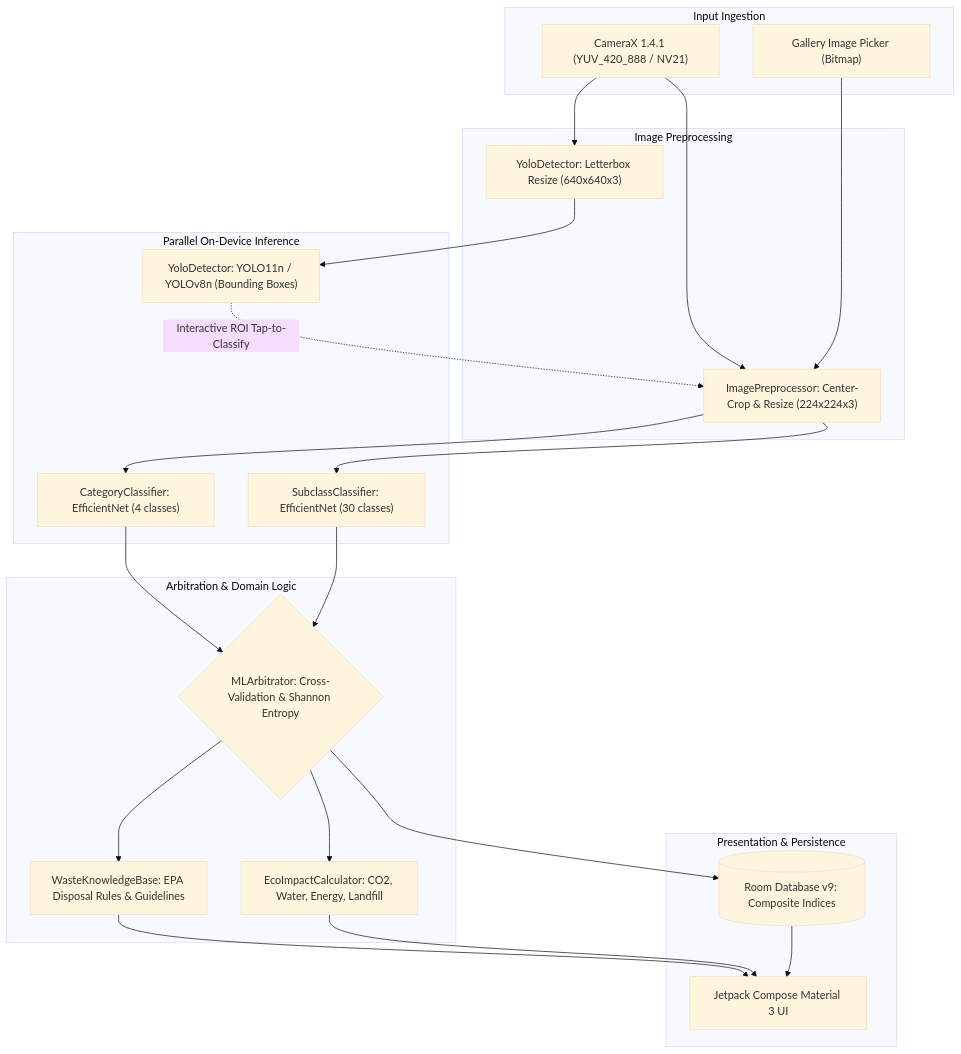
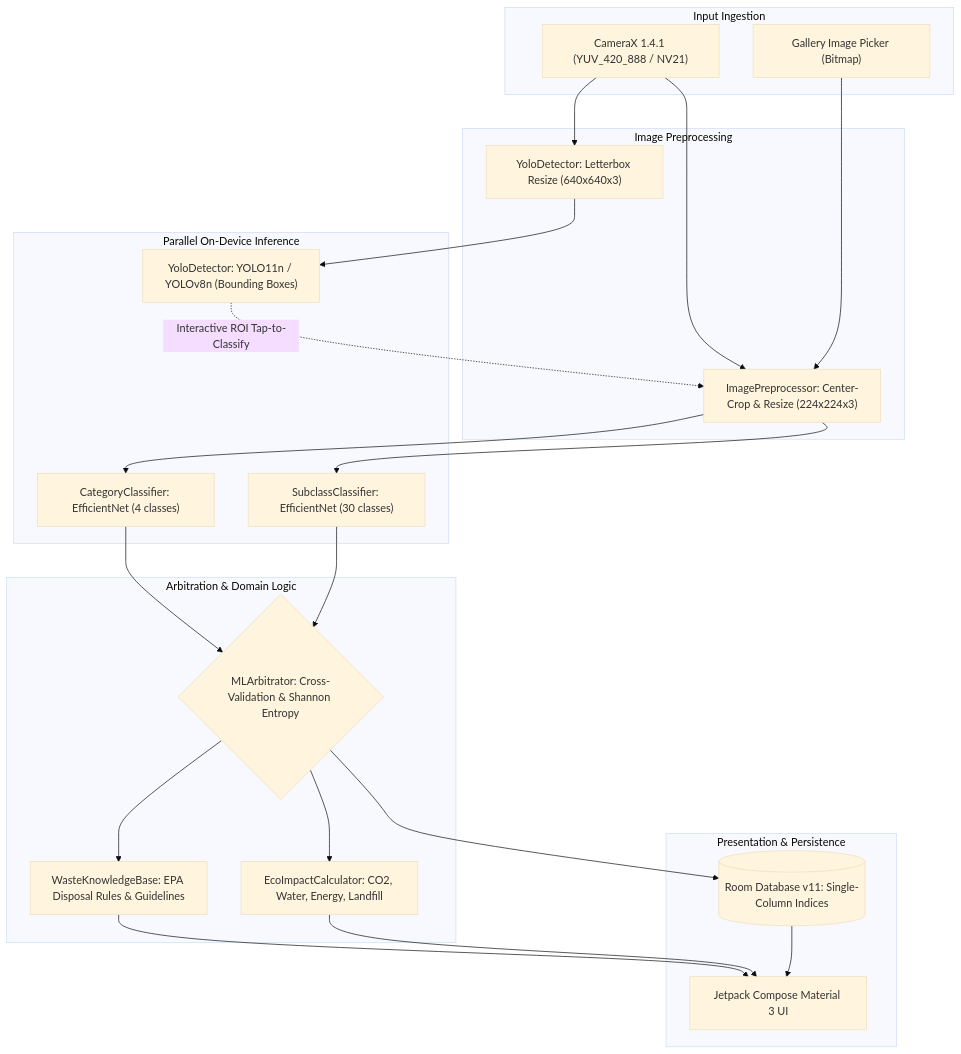
One commit to manoj-ck2008/WasegMul changed the first of 2 diagrams in README.md. Above: the diagram before and after it, drawn with Mermaid (base theme). The commit also changed other lines of this file and 121 other files, not shown here.

````diff
--- a/README.md
+++ b/README.md
@@ -41,48 +41,48 @@
 ```mermaid
 flowchart TD
     subgraph Input ["Input Ingestion"]
         CAM["CameraX 1.4.1 (YUV_420_888 / NV21)"]
         GAL["Gallery Image Picker (Bitmap)"]
     end
 
     subgraph Preprocessing ["Image Preprocessing"]
         PRE["ImagePreprocessor: Center-Crop & Resize (224x224x3)"]
         YPRE["YoloDetector: Letterbox Resize (640x640x3)"]
     end
 
     subgraph ParallelInference ["Parallel On-Device Inference"]
         CAT["CategoryClassifier: EfficientNet (4 classes)"]
         SUB["SubclassClassifier: EfficientNet (30 classes)"]
         YOLO["YoloDetector: YOLO11n / YOLOv8n (Bounding Boxes)"]
     end
 
     subgraph Arbitration ["Arbitration & Domain Logic"]
         ARB{"MLArbitrator: Cross-Validation & Shannon Entropy"}
         KB["WasteKnowledgeBase: EPA Disposal Rules & Guidelines"]
         ECO["EcoImpactCalculator: CO2, Water, Energy, Landfill"]
     end
 
     subgraph StorageAndUI ["Presentation & Persistence"]
-        DB[("Room Database v9: Composite Indices")]
+        DB[("Room Database v11: Single-Column Indices")]
         UI["Jetpack Compose Material 3 UI"]
     end
 
     CAM --> PRE
     GAL --> PRE
     CAM --> YPRE
 
     PRE --> CAT
     PRE --> SUB
     YPRE --> YOLO
 
     YOLO -.->|"Interactive ROI Tap-to-Classify"| PRE
 
     CAT --> ARB
     SUB --> ARB
     ARB --> KB
     ARB --> ECO
     ARB --> DB
     KB --> UI
     ECO --> UI
     DB --> UI
 ```
````
